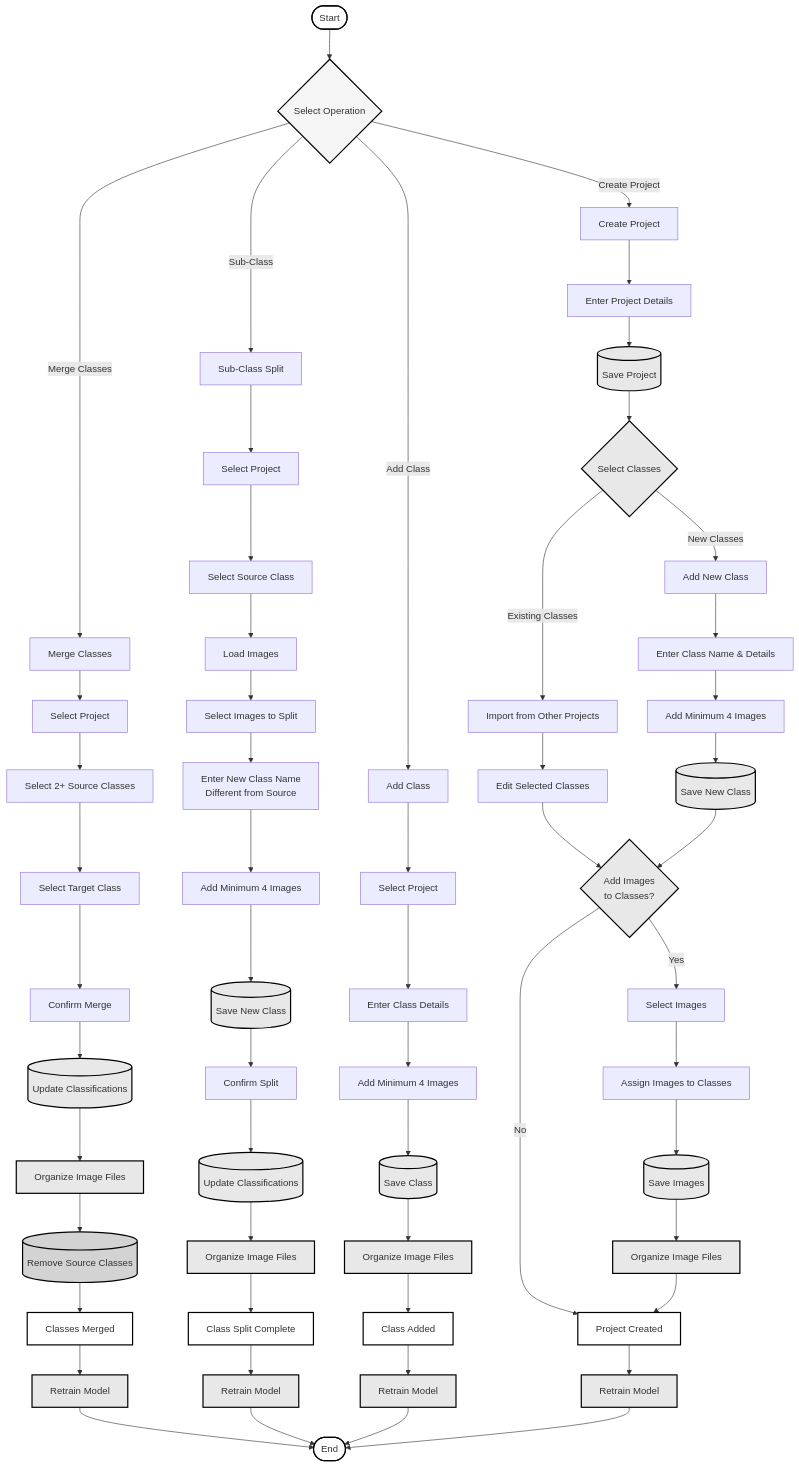
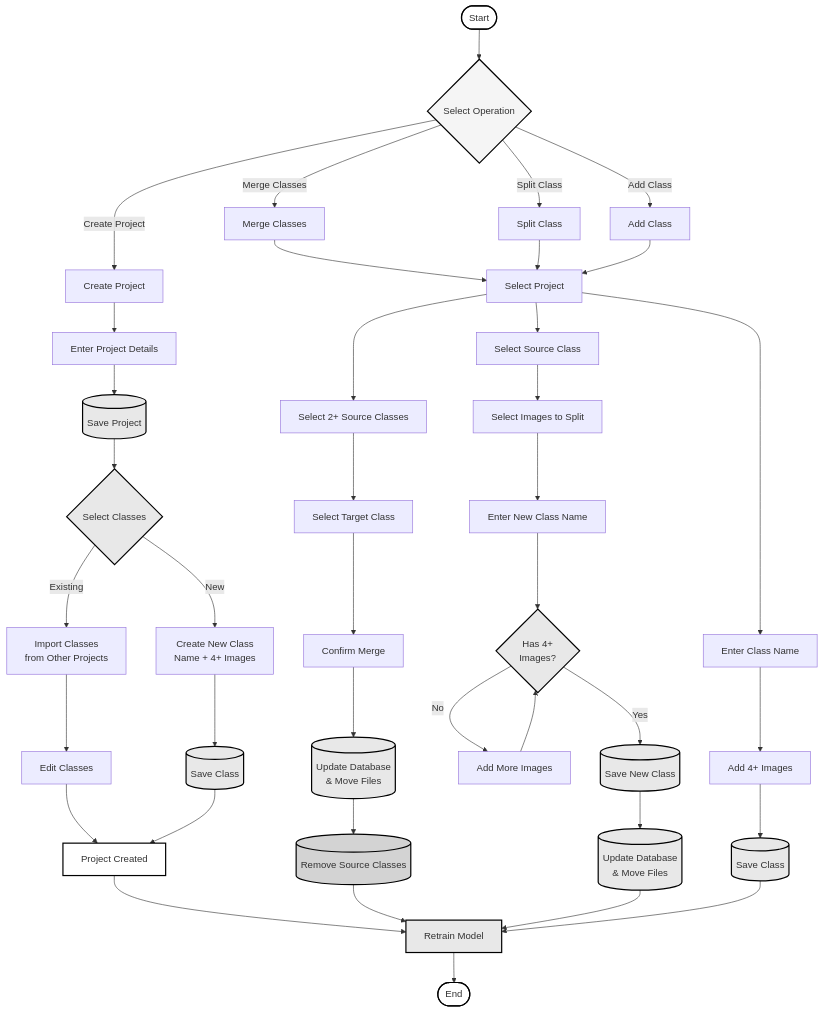
Before and after one commit to sedama29/epredict_app_image_generation: the diagram in flowchart2.md, drawn with Mermaid. The commit also changed other lines of this file, not shown here.

Commit message:
Revise flowchart for project and class management
Updated flowchart to clarify class selection and project operations.

````diff
--- a/flowchart2.md
+++ b/flowchart2.md
@@ -16,96 +16,66 @@
     EnterDetails --> SaveProject[(Save Project)]
     SaveProject --> SelectClasses{Select Classes}
     
-    SelectClasses -->|Existing Classes| ImportClasses[Import from Other Projects]
-    SelectClasses -->|New Classes| AddNewClass[Add New Class]
+    SelectClasses -->|Existing| ImportClasses[Import Classes<br/>from Other Projects]
+    SelectClasses -->|New| CreateNewClass[Create New Class<br/>Name + 4+ Images]
     
-    ImportClasses --> EditClasses[Edit Selected Classes]
-    EditClasses --> AddImagesToClasses{Add Images<br/>to Classes?}
+    ImportClasses --> EditClasses[Edit Classes]
+    EditClasses --> ProjectComplete[Project Created]
     
-    AddNewClass --> EnterClassDetails[Enter Class Name & Details]
-    EnterClassDetails --> AddMinImages[Add Minimum 4 Images]
-    AddMinImages --> SaveNewClass[(Save New Class)]
-    SaveNewClass --> AddImagesToClasses
+    CreateNewClass --> SaveNewClass[(Save Class)]
+    SaveNewClass --> ProjectComplete
     
-    AddImagesToClasses -->|Yes| SelectImages[Select Images]
-    AddImagesToClasses -->|No| ProjectComplete[Project Created]
-    
-    SelectImages --> AssignImages[Assign Images to Classes]
-    AssignImages --> SaveImages[(Save Images)]
-    SaveImages --> OrganizeFiles[Organize Image Files]
-    OrganizeFiles --> ProjectComplete
+    ProjectComplete --> RetrainModel[Retrain Model]
     
     %% CLASS MERGING
     MainMenu -->|Merge Classes| MergeClasses[Merge Classes]
-    MergeClasses --> SelectProject1[Select Project]
-    SelectProject1 --> SelectSourceClasses[Select 2+ Source Classes]
-    SelectSourceClasses --> SelectTargetClass[Select Target Class]
-    SelectTargetClass --> ConfirmMerge[Confirm Merge]
-    ConfirmMerge --> UpdateClassifications[(Update Classifications)]
-    UpdateClassifications --> OrganizeFilesMerge[Organize Image Files]
-    OrganizeFilesMerge --> RemoveSources[(Remove Source Classes)]
-    RemoveSources --> MergeComplete[Classes Merged]
-    MergeComplete --> RetrainModel1[Retrain Model]
+    MergeClasses --> SelectProject[Select Project]
+    SelectProject --> SelectSources[Select 2+ Source Classes]
+    SelectSources --> SelectTarget[Select Target Class]
+    SelectTarget --> ConfirmMerge[Confirm Merge]
+    ConfirmMerge --> UpdateDB[(Update Database<br/>& Move Files)]
+    UpdateDB --> RemoveSources[(Remove Source Classes)]
+    RemoveSources --> RetrainModel
     
     %% SUB-CLASSING
-    MainMenu -->|Sub-Class| SubClass[Sub-Class Split]
-    SubClass --> SelectProject2[Select Project]
-    SelectProject2 --> SelectSourceClass[Select Source Class]
-    SelectSourceClass --> LoadImages[Load Images]
-    LoadImages --> SelectImagesSplit[Select Images to Split]
-    SelectImagesSplit --> EnterNewClassName[Enter New Class Name<br/>Different from Source]
-    EnterNewClassName --> AddMinImagesSplit[Add Minimum 4 Images]
-    AddMinImagesSplit --> SaveTargetClass[(Save New Class)]
-    SaveTargetClass --> ConfirmSplit[Confirm Split]
-    ConfirmSplit --> UpdateSplit[(Update Classifications)]
-    UpdateSplit --> OrganizeFilesSplit[Organize Image Files]
-    OrganizeFilesSplit --> SplitComplete[Class Split Complete]
-    SplitComplete --> RetrainModel2[Retrain Model]
+    MainMenu -->|Split Class| SplitClass[Split Class]
+    SplitClass --> SelectProject
+    SelectProject --> SelectSource[Select Source Class]
+    SelectSource --> SelectImages[Select Images to Split]
+    SelectImages --> EnterNewName[Enter New Class Name]
+    EnterNewName --> CheckImages{Has 4+<br/>Images?}
+    CheckImages -->|No| AddMoreImages[Add More Images]
+    AddMoreImages --> CheckImages
+    CheckImages -->|Yes| SaveNewClassSplit[(Save New Class)]
+    SaveNewClassSplit --> UpdateDB2[(Update Database<br/>& Move Files)]
+    UpdateDB2 --> RetrainModel
     
-    %% ADD NEW CLASS TO EXISTING PROJECT
+    %% ADD NEW CLASS
     MainMenu -->|Add Class| AddClass[Add Class]
-    AddClass --> SelectProject3[Select Project]
-    SelectProject3 --> EnterNewClass[Enter Class Details]
-    EnterNewClass --> AddMinImagesNew[Add Minimum 4 Images]
-    AddMinImagesNew --> SaveClassNew[(Save Class)]
-    SaveClassNew --> OrganizeFilesNew[Organize Image Files]
-    OrganizeFilesNew --> ClassAdded[Class Added]
-    ClassAdded --> RetrainModel3[Retrain Model]
+    AddClass --> SelectProject
+    SelectProject --> EnterClass[Enter Class Name]
+    EnterClass --> AddImages[Add 4+ Images]
+    AddImages --> SaveClass[(Save Class)]
+    SaveClass --> RetrainModel
     
-    ProjectComplete --> RetrainModel4[Retrain Model]
-    RetrainModel1 --> End([End])
-    RetrainModel2 --> End
-    RetrainModel3 --> End
-    RetrainModel4 --> End
+    RetrainModel --> End([End])
     
     %% Styling - Simple Black and White
     style Start fill:#ffffff,stroke:#000000,stroke-width:2px
     style MainMenu fill:#f5f5f5,stroke:#000000,stroke-width:2px
     style SelectClasses fill:#e8e8e8,stroke:#000000,stroke-width:2px
-    style AddImagesToClasses fill:#e8e8e8,stroke:#000000,stroke-width:2px
+    style CheckImages fill:#e8e8e8,stroke:#000000,stroke-width:2px
     
     style ProjectComplete fill:#ffffff,stroke:#000000,stroke-width:2px
-    style MergeComplete fill:#ffffff,stroke:#000000,stroke-width:2px
-    style SplitComplete fill:#ffffff,stroke:#000000,stroke-width:2px
-    style ClassAdded fill:#ffffff,stroke:#000000,stroke-width:2px
     style End fill:#ffffff,stroke:#000000,stroke-width:2px
     
     style SaveProject fill:#e8e8e8,stroke:#000000,stroke-width:2px
     style SaveNewClass fill:#e8e8e8,stroke:#000000,stroke-width:2px
-    style SaveImages fill:#e8e8e8,stroke:#000000,stroke-width:2px
-    style UpdateClassifications fill:#e8e8e8,stroke:#000000,stroke-width:2px
+    style SaveNewClassSplit fill:#e8e8e8,stroke:#000000,stroke-width:2px
+    style SaveClass fill:#e8e8e8,stroke:#000000,stroke-width:2px
+    style UpdateDB fill:#e8e8e8,stroke:#000000,stroke-width:2px
+    style UpdateDB2 fill:#e8e8e8,stroke:#000000,stroke-width:2px
     style RemoveSources fill:#d3d3d3,stroke:#000000,stroke-width:2px
-    style SaveTargetClass fill:#e8e8e8,stroke:#000000,stroke-width:2px
-    style UpdateSplit fill:#e8e8e8,stroke:#000000,stroke-width:2px
-    style SaveClassNew fill:#e8e8e8,stroke:#000000,stroke-width:2px
     
-    style OrganizeFiles fill:#e8e8e8,stroke:#000000,stroke-width:2px
-    style OrganizeFilesMerge fill:#e8e8e8,stroke:#000000,stroke-width:2px
-    style OrganizeFilesSplit fill:#e8e8e8,stroke:#000000,stroke-width:2px
-    style OrganizeFilesNew fill:#e8e8e8,stroke:#000000,stroke-width:2px
-    
-    style RetrainModel1 fill:#e8e8e8,stroke:#000000,stroke-width:2px
-    style RetrainModel2 fill:#e8e8e8,stroke:#000000,stroke-width:2px
-    style RetrainModel3 fill:#e8e8e8,stroke:#000000,stroke-width:2px
-    style RetrainModel4 fill:#e8e8e8,stroke:#000000,stroke-width:2px
+    style RetrainModel fill:#e8e8e8,stroke:#000000,stroke-width:2px
 ```
````
